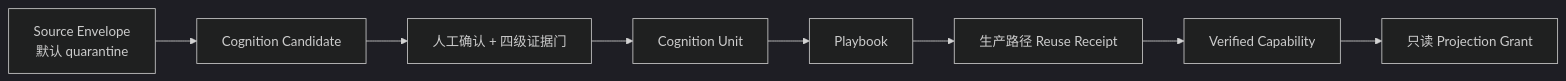
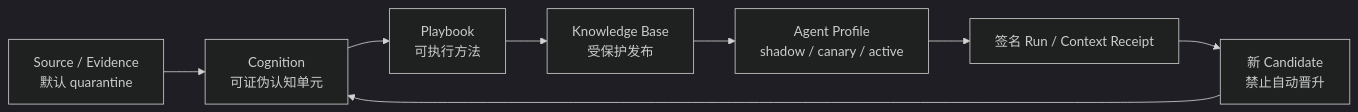
One commit to liuanye9-lab/codex-os-brain changed diagram 28 of 32 in README.md. Above: the diagram before and after it, drawn with Mermaid (dark theme). The commit also changed other lines of this file and 50 other files, not shown here.

````diff
--- a/README.md
+++ b/README.md
@@ -999,10 +1031,10 @@
 ```mermaid
 flowchart LR
-  S["Source Envelope<br/>默认 quarantine"] --> C["Cognition Candidate"]
-  C --> H["人工确认 + 四级证据门"]
-  H --> U["Cognition Unit"]
-  U --> P["Playbook"]
-  P --> R["生产路径 Reuse Receipt"]
-  R --> V["Verified Capability"]
-  V --> G["只读 Projection Grant"]
+  S["Source / Evidence<br/>默认 quarantine"] --> C["Cognition<br/>可证伪认知单元"]
+  C --> P["Playbook<br/>可执行方法"]
+  P --> K["Knowledge Base<br/>受保护发布"]
+  K --> A["Agent Profile<br/>shadow / canary / active"]
+  A --> R["签名 Run / Context Receipt"]
+  R --> N["新 Candidate<br/>禁止自动晋升"]
+  N --> C
 ```
````
